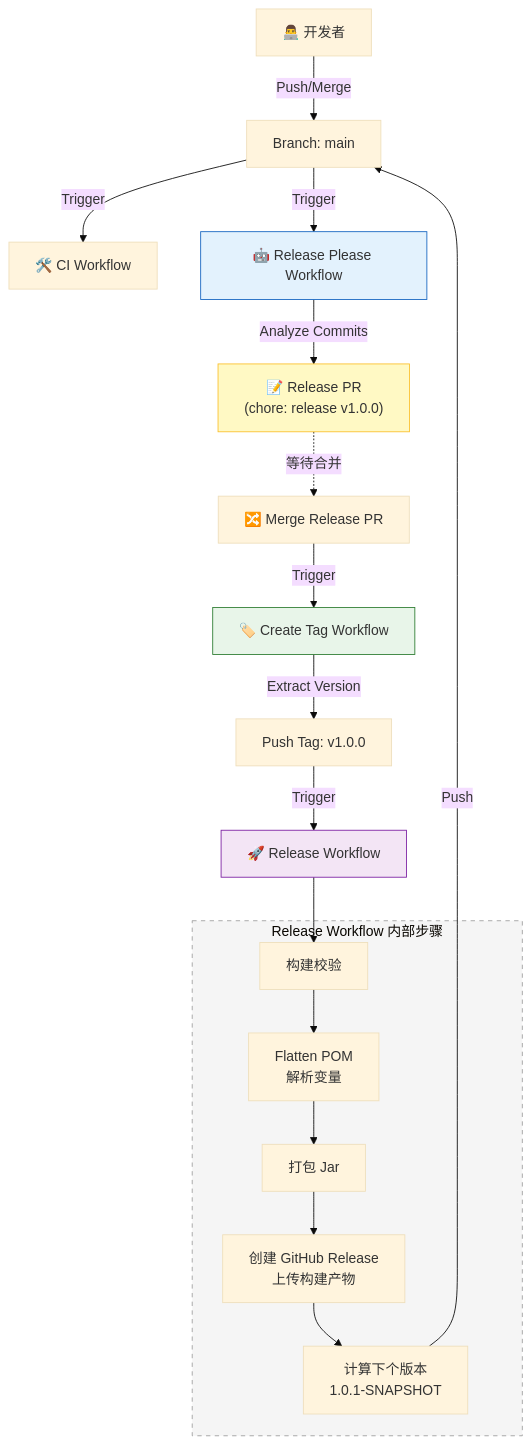
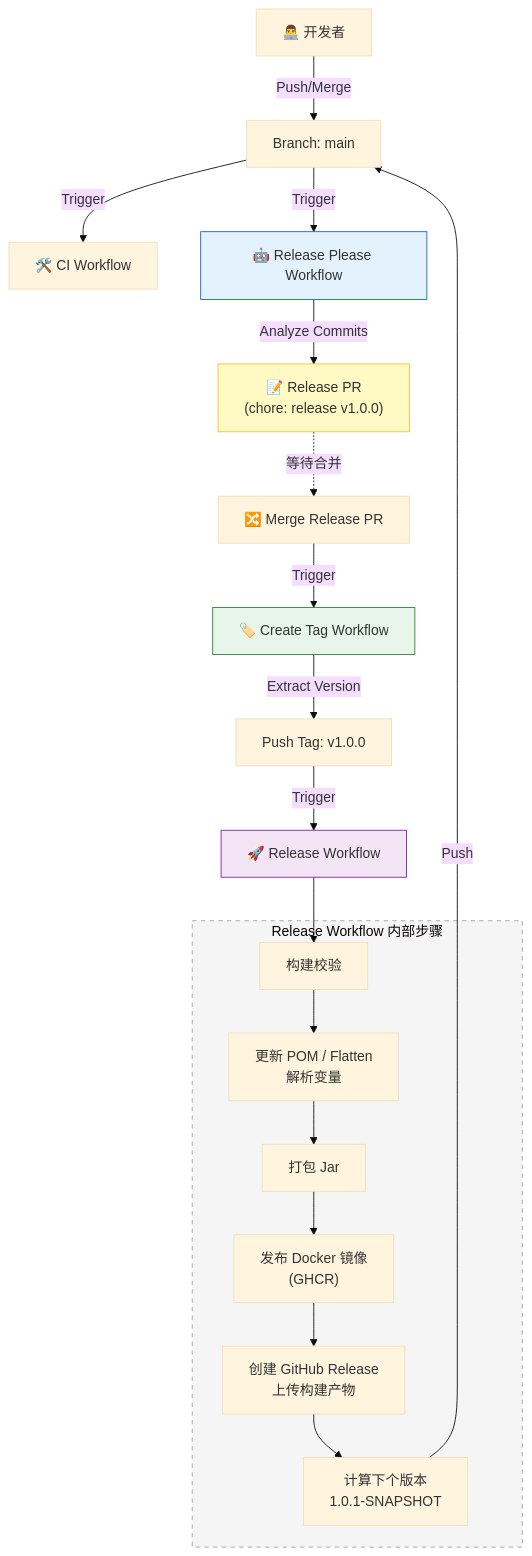
One commit to Yggdrasil-Labs/midgard-backend-template changed the diagram in .github/Workflow.md. Above: the diagram before and after it, drawn with Mermaid (base theme). The commit also changed other lines of this file, not shown here.

Commit message:
docs: 更新工作流文档，调整触发条件和步骤说明，增加 Docker 镜像发布支持

````diff
--- a/.github/Workflow.md
+++ b/.github/Workflow.md
@@ -21,40 +21,41 @@
 ```mermaid
 flowchart TD
     %% 角色与触发源
     Dev["👨‍💻 开发者"]
     MainBranch["Branch: main"]
     
     %% 阶段 1: CI 与 发布提案
     Dev -->|Push/Merge| MainBranch
     MainBranch -->|Trigger| CI["🛠️ CI Workflow"]
     MainBranch -->|Trigger| RP["🤖 Release Please Workflow"]
     
     %% 阶段 2: Release PR
     RP -->|Analyze Commits| PRP["📝 Release PR<br/>(chore: release v1.0.0)"]
     PRP -.->|等待合并| MergePR["🔀 Merge Release PR"]
     
     %% 阶段 3: 打 Tag
     MergePR -->|Trigger| CT["🏷️ Create Tag Workflow"]
     CT -->|Extract Version| Tag["Push Tag: v1.0.0"]
     
     %% 阶段 4: 正式发布
     Tag -->|Trigger| Rel["🚀 Release Workflow"]
     
     subgraph ReleaseSteps ["Release Workflow 内部步骤"]
-        Verify["构建校验"] --> Flatten["Flatten POM<br/>解析变量"]
+        Verify["构建校验"] --> Flatten["更新 POM / Flatten<br/>解析变量"]
         Flatten --> Build["打包 Jar"]
-        Build --> GHRel["创建 GitHub Release<br/>上传构建产物"]
+        Build --> Docker["发布 Docker 镜像<br/>(GHCR)"]
+        Docker --> GHRel["创建 GitHub Release<br/>上传构建产物"]
         GHRel --> Bump["计算下个版本<br/>1.0.1-SNAPSHOT"]
     end
     
     Rel --> Verify
     
     %% 阶段 5: 闭环
     Bump -->|Push| MainBranch
     
     style RP fill:#e3f2fd,stroke:#1565c0
     style PRP fill:#fff9c4,stroke:#fbc02d
     style CT fill:#e8f5e9,stroke:#2e7d32
     style Rel fill:#f3e5f5,stroke:#7b1fa2
     style ReleaseSteps fill:#f5f5f5,stroke:#9e9e9e,stroke-dasharray: 5 5
 ```
````
